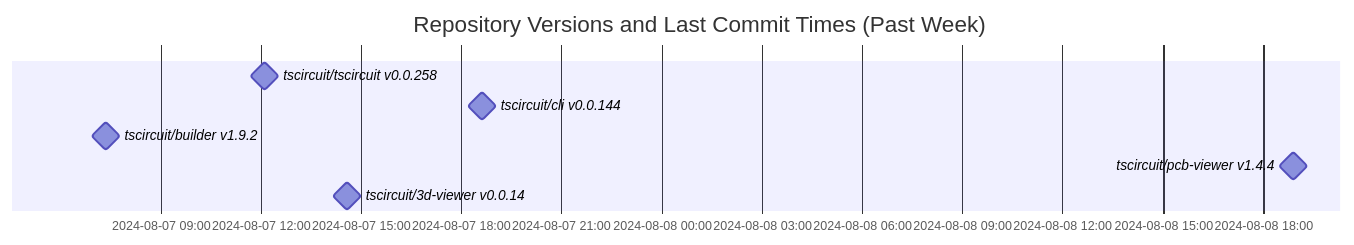
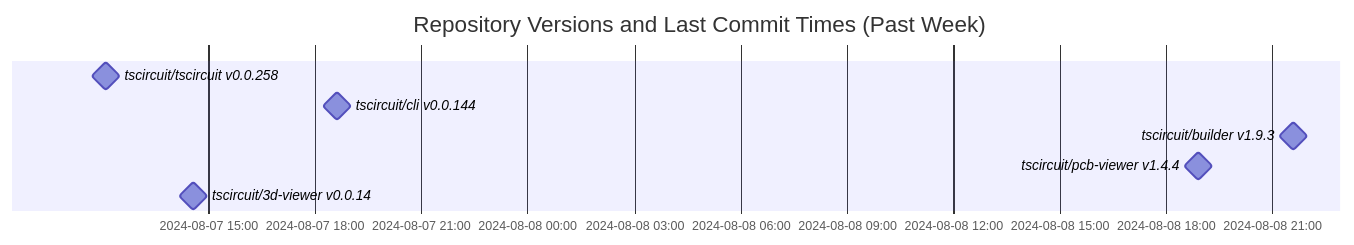
One commit to tscircuit/version-tracker changed the diagram in README.md. Above: the diagram before and after it, drawn with Mermaid.

Commit message:
Update chart

````diff
--- a/README.md
+++ b/README.md
@@ -1,12 +1,12 @@
 ```mermaid
 gantt
   dateFormat  YYYY-MM-DD HH:mm:ss
   title Repository Versions and Last Commit Times (Past Week)
   axisFormat %Y-%m-%d %H:%M
 
   tscircuit/tscircuit v0.0.258 : milestone, 2024-08-07 12:06:34, 1s
   tscircuit/cli v0.0.144 : milestone, 2024-08-07 18:37:38, 1s
-  tscircuit/builder v1.9.2 : milestone, 2024-08-07 07:21:49, 1s
+  tscircuit/builder v1.9.3 : milestone, 2024-08-08 21:35:02, 1s
   tscircuit/pcb-viewer v1.4.4 : milestone, 2024-08-08 18:54:35, 1s
   tscircuit/3d-viewer v0.0.14 : milestone, 2024-08-07 14:34:01, 1s
 ```
````
